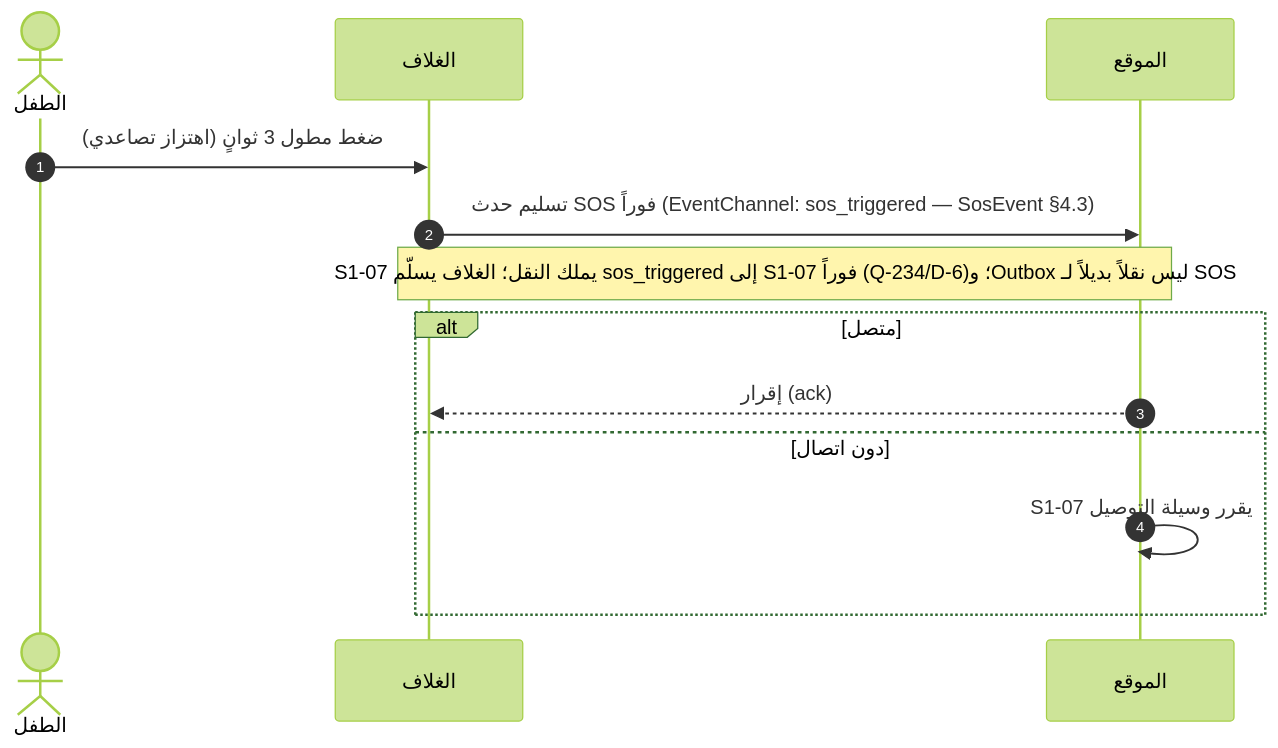
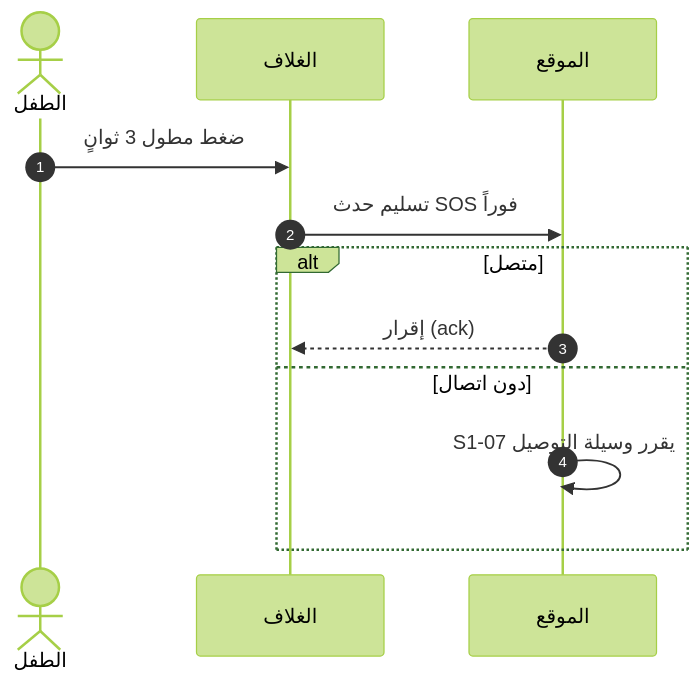
The seventh of 19 diagrams in docs/family-os/governance/phases/phase-1/S1-01-app-shell-and-platform/DIAGRAMS.md (Bassam-mohammed-alqaeadi/family-os-v2), drawn with Mermaid (forest theme) before and after one commit. The commit also changed other lines of this file, not shown here.

````diff
--- a/docs/family-os/governance/phases/phase-1/S1-01-app-shell-and-platform/DIAGRAMS.md
+++ b/docs/family-os/governance/phases/phase-1/S1-01-app-shell-and-platform/DIAGRAMS.md
@@ -324,15 +338,14 @@
 ```mermaid
 sequenceDiagram
     autonumber
     actor Child as الطفل
     participant Shell as الغلاف
     participant S107 as الموقع
-    Child->>Shell: ضغط مطول 3 ثوانٍ (اهتزاز تصاعدي)
-    Shell->>S107: تسليم حدث SOS فوراً (EventChannel: sos_triggered — SosEvent §4.3)
-    Note over Shell,S107: S1-07 يملك النقل؛ الغلاف يسلّم sos_triggered إلى S1-07 فوراً (Q-234/D-6)؛ وOutbox ليس نقلاً بديلاً لـ SOS
+    Child->>Shell: ضغط مطول 3 ثوانٍ
+    Shell->>S107: تسليم حدث SOS فوراً
     alt متصل
         S107-->>Shell: إقرار (ack)
     else دون اتصال
         S107->>S107: S1-07 يقرر وسيلة التوصيل
     end
 ```
````
